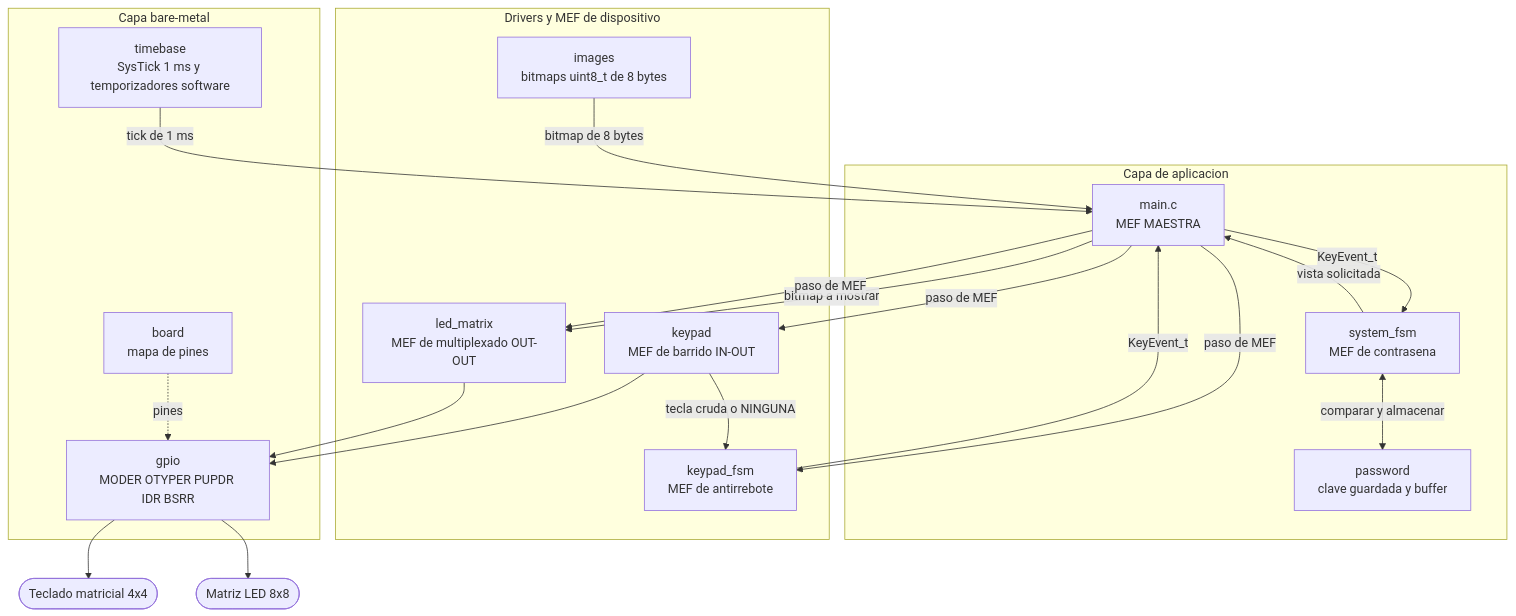
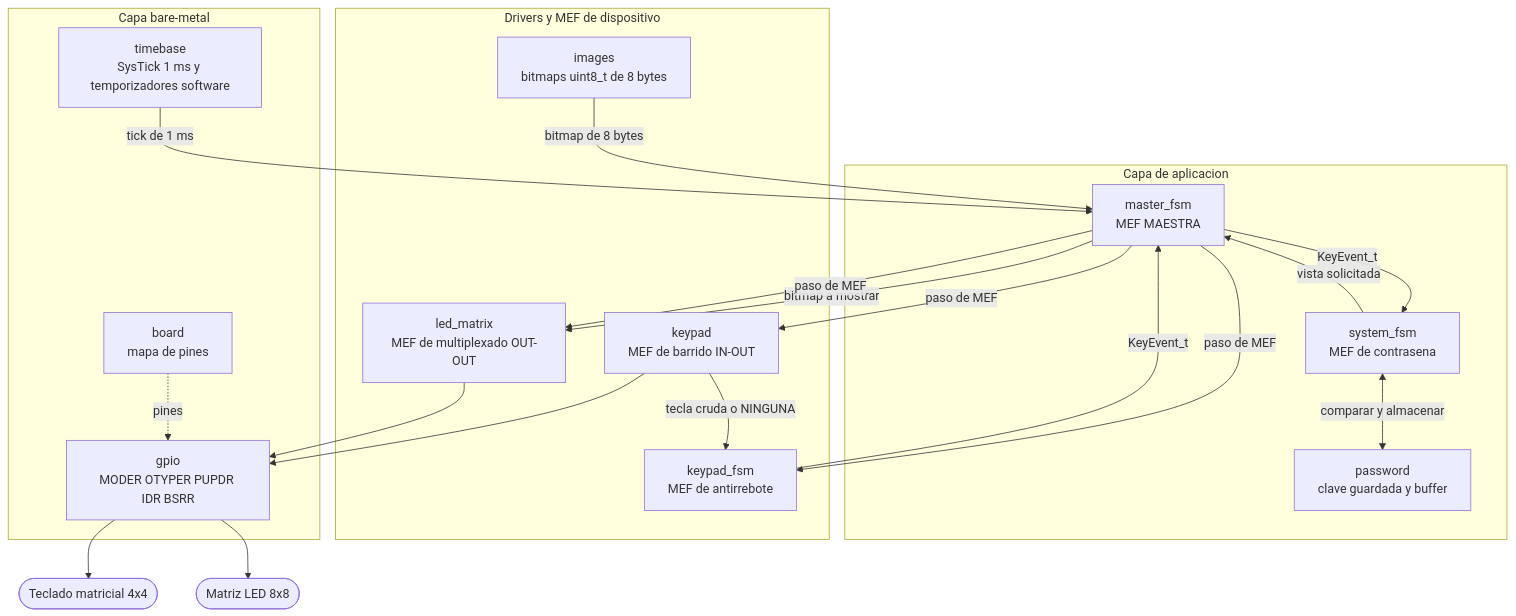
The first of 6 diagrams in _docs/architecture.md (GildardoRestrepo/Reto_2_C_UPB), drawn with Mermaid before and after one commit. The commit also changed other lines of this file and 11 other files, not shown here.

Commit message:
Fase 6: MEF maestra, integracion y limpieza de codigo

````diff
--- a/_docs/architecture.md
+++ b/_docs/architecture.md
@@ -52,42 +50,42 @@
 ```mermaid
 flowchart TD
     subgraph APP[Capa de aplicacion]
-        MASTER["main.c<br/>MEF MAESTRA"]
+        MASTER["master_fsm<br/>MEF MAESTRA"]
         SYS["system_fsm<br/>MEF de contrasena"]
         PW["password<br/>clave guardada y buffer"]
     end
 
     subgraph DRV[Drivers y MEF de dispositivo]
         KP["keypad<br/>MEF de barrido IN-OUT"]
         KF["keypad_fsm<br/>MEF de antirrebote"]
         LM["led_matrix<br/>MEF de multiplexado OUT-OUT"]
         IMG["images<br/>bitmaps uint8_t de 8 bytes"]
     end
 
     subgraph BM[Capa bare-metal]
         TB["timebase<br/>SysTick 1 ms y temporizadores software"]
         GP["gpio<br/>MODER OTYPER PUPDR IDR BSRR"]
         BRD["board<br/>mapa de pines"]
     end
 
     HW1([Teclado matricial 4x4])
     HW2([Matriz LED 8x8])
 
     TB -->|tick de 1 ms| MASTER
     MASTER -->|paso de MEF| KP
     KP -->|tecla cruda o NINGUNA| KF
     MASTER -->|paso de MEF| KF
     KF -->|KeyEvent_t| MASTER
     MASTER -->|KeyEvent_t| SYS
     SYS <-->|comparar y almacenar| PW
     SYS -->|vista solicitada| MASTER
     IMG -->|bitmap de 8 bytes| MASTER
     MASTER -->|bitmap a mostrar| LM
     MASTER -->|paso de MEF| LM
 
     KP --> GP
     LM --> GP
     BRD -.->|pines| GP
     GP --> HW1
     GP --> HW2
 ```
````
